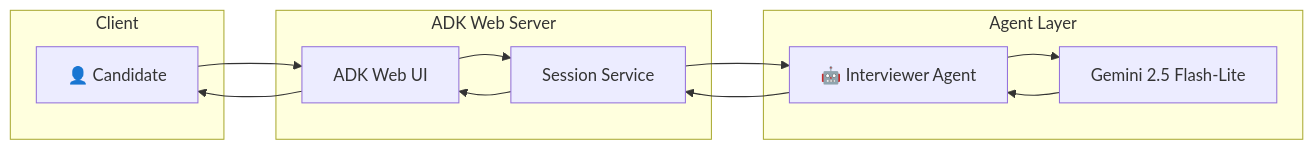
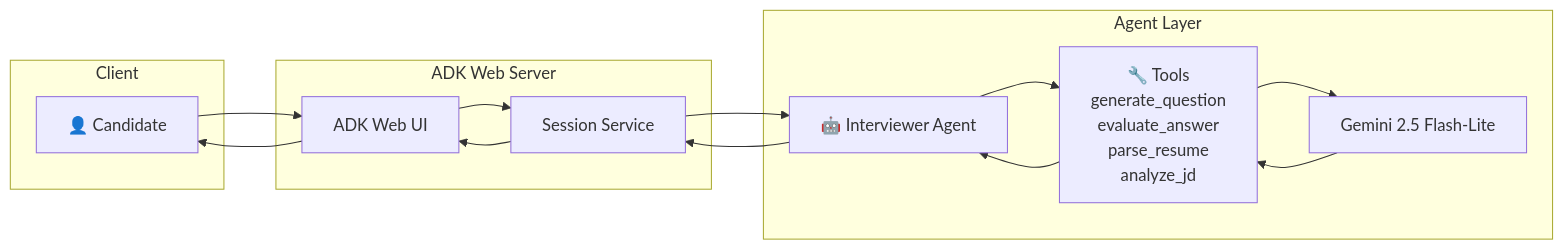
One commit to VIKAS9793/ai-interviewer-langchain changed the diagram in README.md. Above: the diagram before and after it, drawn with Mermaid. The commit also changed 8 other files, not shown here.

````diff
--- a/README.md
+++ b/README.md
@@ -83,19 +83,20 @@
 ```mermaid
 flowchart LR
     subgraph "Client"
         A[👤 Candidate]
     end
     
     subgraph "ADK Web Server"
         B[ADK Web UI]
         C[Session Service]
     end
     
     subgraph "Agent Layer"
         D[🤖 Interviewer Agent]
+        T[🔧 Tools<br/>generate_question<br/>evaluate_answer<br/>parse_resume<br/>analyze_jd]
         E[Gemini 2.5 Flash-Lite]
     end
     
-    A --> B --> C --> D --> E
-    E --> D --> C --> B --> A
+    A --> B --> C --> D --> T --> E
+    E --> T --> D --> C --> B --> A
 ```
````
